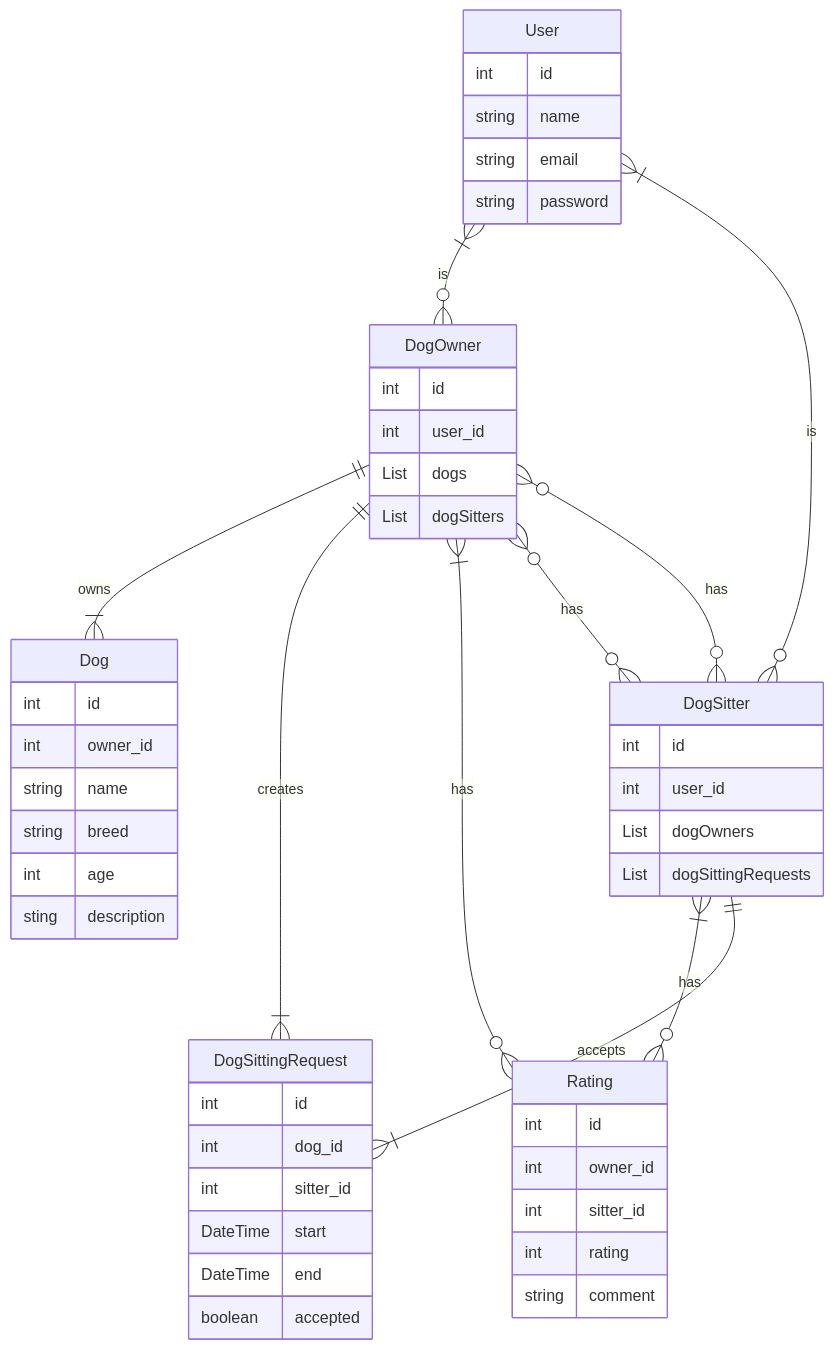
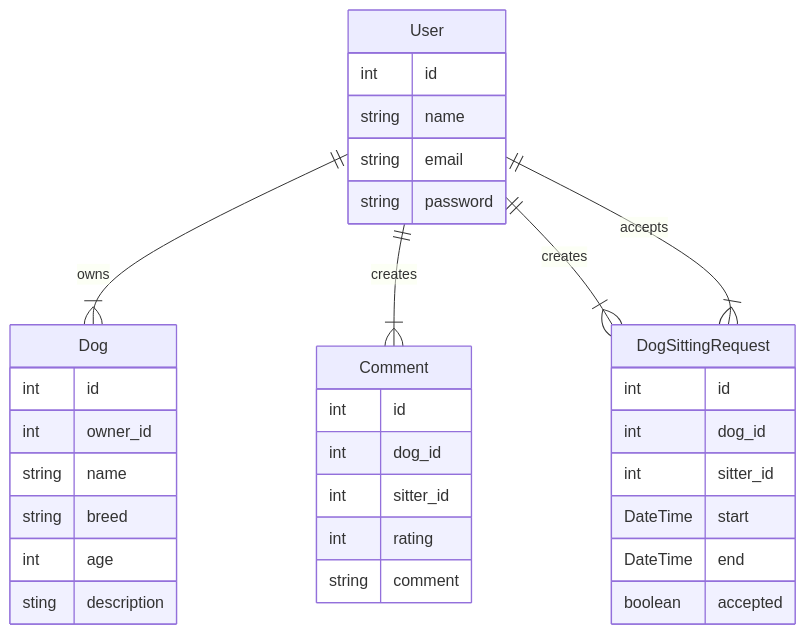
One commit to Rosevandergiessen/dog-sitting-platform-backend changed the diagram in entity-relation-diagram.mmd. Above: the diagram before and after it, drawn with Mermaid. The commit also changed 11 other files, not shown here.

```diff
--- a/entity-relation-diagram.mmd
+++ b/entity-relation-diagram.mmd
@@ -1,58 +1,38 @@
 erDiagram
-    User }|--o{ DogOwner : is
-    User }|--o{ DogSitter : is
-    DogOwner ||--|{ Dog : owns
-    DogOwner ||--|{ DogSittingRequest : creates
-    DogOwner }|--o{ Rating : has
-    DogSitter }|--o{ Rating : has
-    DogSitter }o -- o{ DogOwner : has
-    DogOwner }o -- o{ DogSitter : has
-    DogSitter ||--|{ DogSittingRequest : accepts
-
+    User ||--|{ Dog : owns
+    User ||--|{ Comment : creates
+    User ||--|{ DogSittingRequest : creates
+    User ||--|{ DogSittingRequest : accepts
 
 User {
 int id
 string name
 string email
 string password
-}
-
-DogOwner {
-int id
-int user_id
-List dogs
-List dogSitters
-}
-
-DogSitter {
-int id
-int user_id
-List dogOwners
-List dogSittingRequests
 }
 
 Dog {
 int id
 int owner_id
 string name
 string breed
 int age
 sting description
 }
 
 DogSittingRequest {
 int id
 int dog_id
 int sitter_id
 DateTime start
 DateTime end
 boolean accepted
 }
 
-Rating {
+Comment {
 int id
-int owner_id
+int dog_id
 int sitter_id
 int rating
 string comment
 }
```
